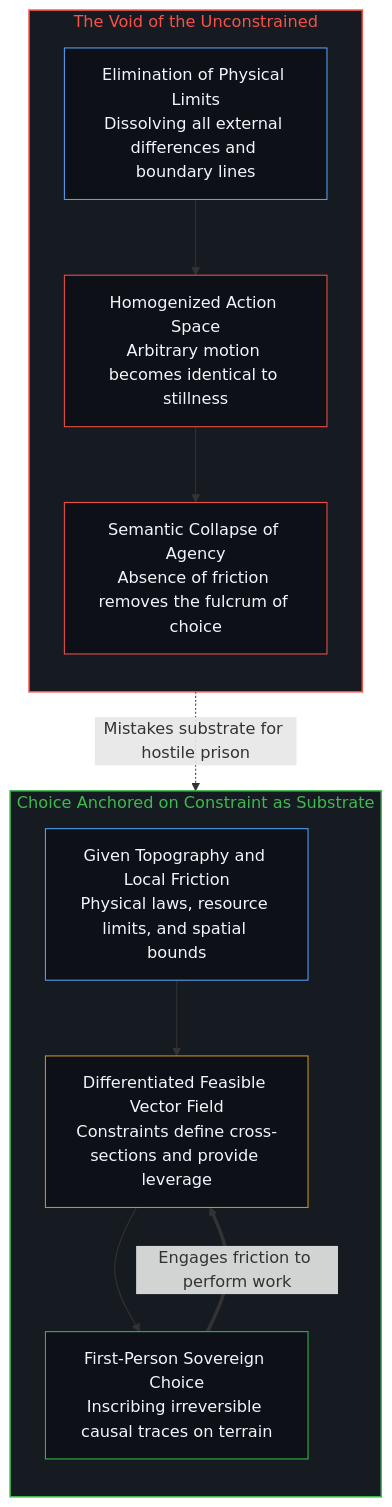
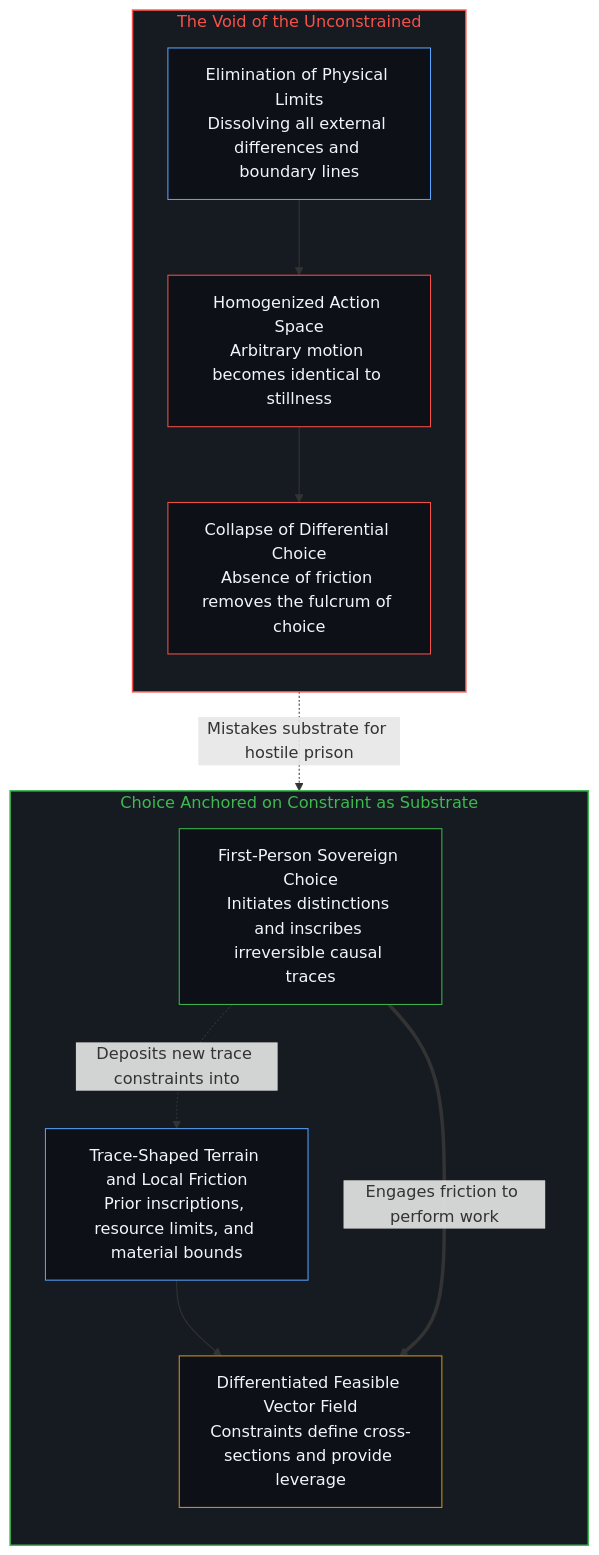
Before and after one commit to powerpig99/not-a-toe: the second of 4 diagrams in content/posts/the-substrate-of-constraint-and-the-self-denial-of-freedom.md, drawn with Mermaid. The commit also changed other lines of this file and 3 other files, not shown here.

````diff
--- a/content/posts/the-substrate-of-constraint-and-the-self-denial-of-freedom.md
+++ b/content/posts/the-substrate-of-constraint-and-the-self-denial-of-freedom.md
@@ -43,23 +44,24 @@
 ```mermaid
 graph TD
     subgraph S_Void ["The Void of the Unconstrained"]
         direction TB
         V1["Elimination of Physical Limits<br/>Dissolving all external differences and boundary lines"] --> V2["Homogenized Action Space<br/>Arbitrary motion becomes identical to stillness"]
-        V2 --> V3["Semantic Collapse of Agency<br/>Absence of friction removes the fulcrum of choice"]
+        V2 --> V3["Collapse of Differential Choice<br/>Absence of friction removes the fulcrum of choice"]
     end
     subgraph S_Substrate ["Choice Anchored on Constraint as Substrate"]
         direction TB
-        S1["Given Topography and Local Friction<br/>Physical laws, resource limits, and spatial bounds"] --> S2["Differentiated Feasible Vector Field<br/>Constraints define cross-sections and provide leverage"]
-        S2 --> S3["First-Person Sovereign Choice<br/>Inscribing irreversible causal traces on terrain"]
+        S3["First-Person Sovereign Choice<br/>Initiates distinctions and inscribes irreversible causal traces"]
+        S1["Trace-Shaped Terrain and Local Friction<br/>Prior inscriptions, resource limits, and material bounds"] --> S2["Differentiated Feasible Vector Field<br/>Constraints define cross-sections and provide leverage"]
     end
     V3 -.->|"Mistakes substrate for hostile prison"| S1
+    S3 -.->|"Deposits new trace constraints into"| S1
     S3 ==>|"Engages friction to perform work"| S2
     style S_Void fill:#161b22,stroke:#f85149,stroke-width:1.5px,color:#f85149
     style S_Substrate fill:#161b22,stroke:#3fb950,stroke-width:1.5px,color:#3fb950
     style V1 fill:#0d1117,stroke:#58a6ff,stroke-width:1px,color:#f0f6fc
     style V2 fill:#0d1117,stroke:#f85149,stroke-width:1px,color:#f0f6fc
     style V3 fill:#0d1117,stroke:#f85149,stroke-width:1px,color:#f0f6fc
     style S1 fill:#0d1117,stroke:#58a6ff,stroke-width:1px,color:#f0f6fc
     style S2 fill:#0d1117,stroke:#d29922,stroke-width:1px,color:#f0f6fc
     style S3 fill:#0d1117,stroke:#3fb950,stroke-width:1px,color:#f0f6fc
 ```
````
